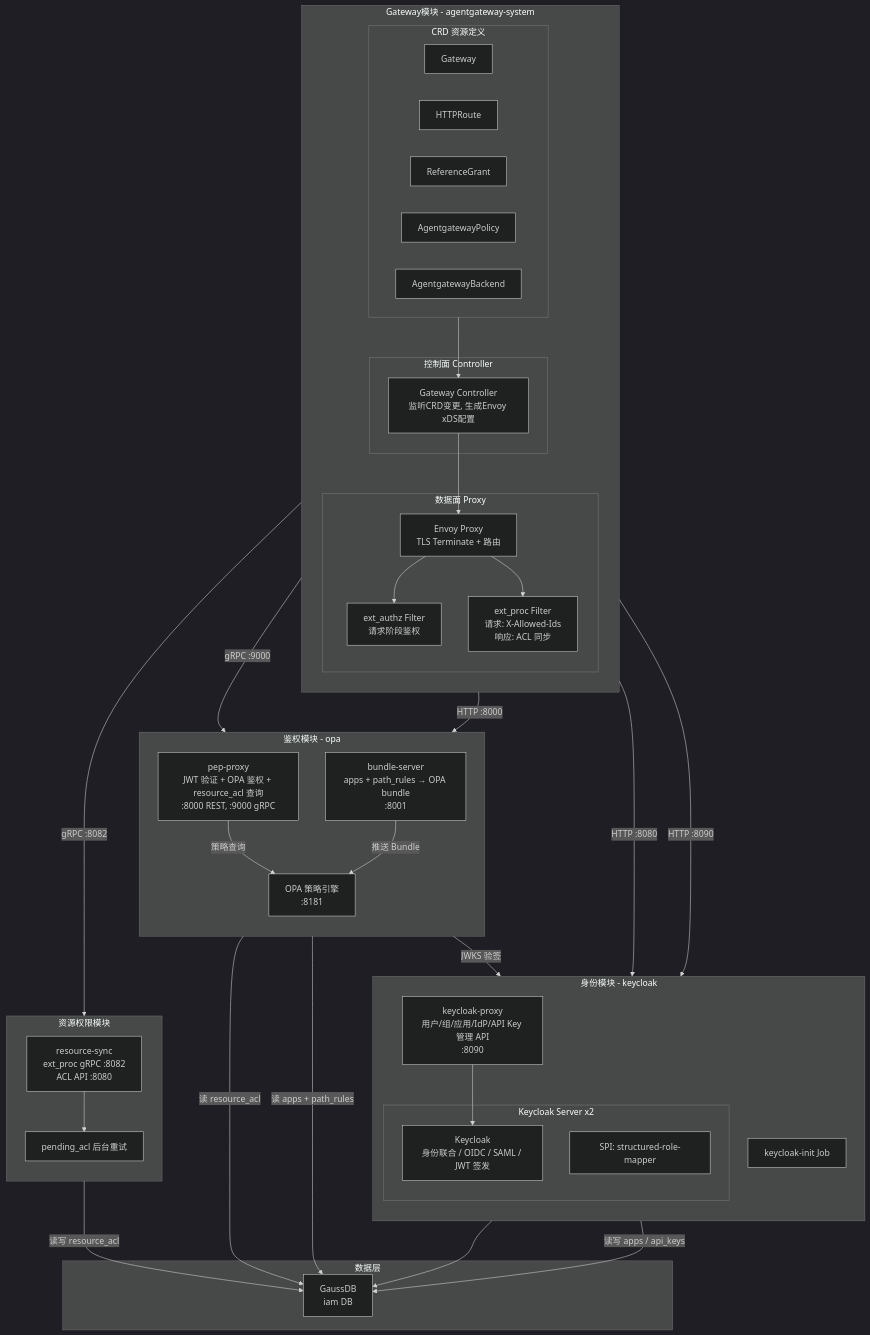
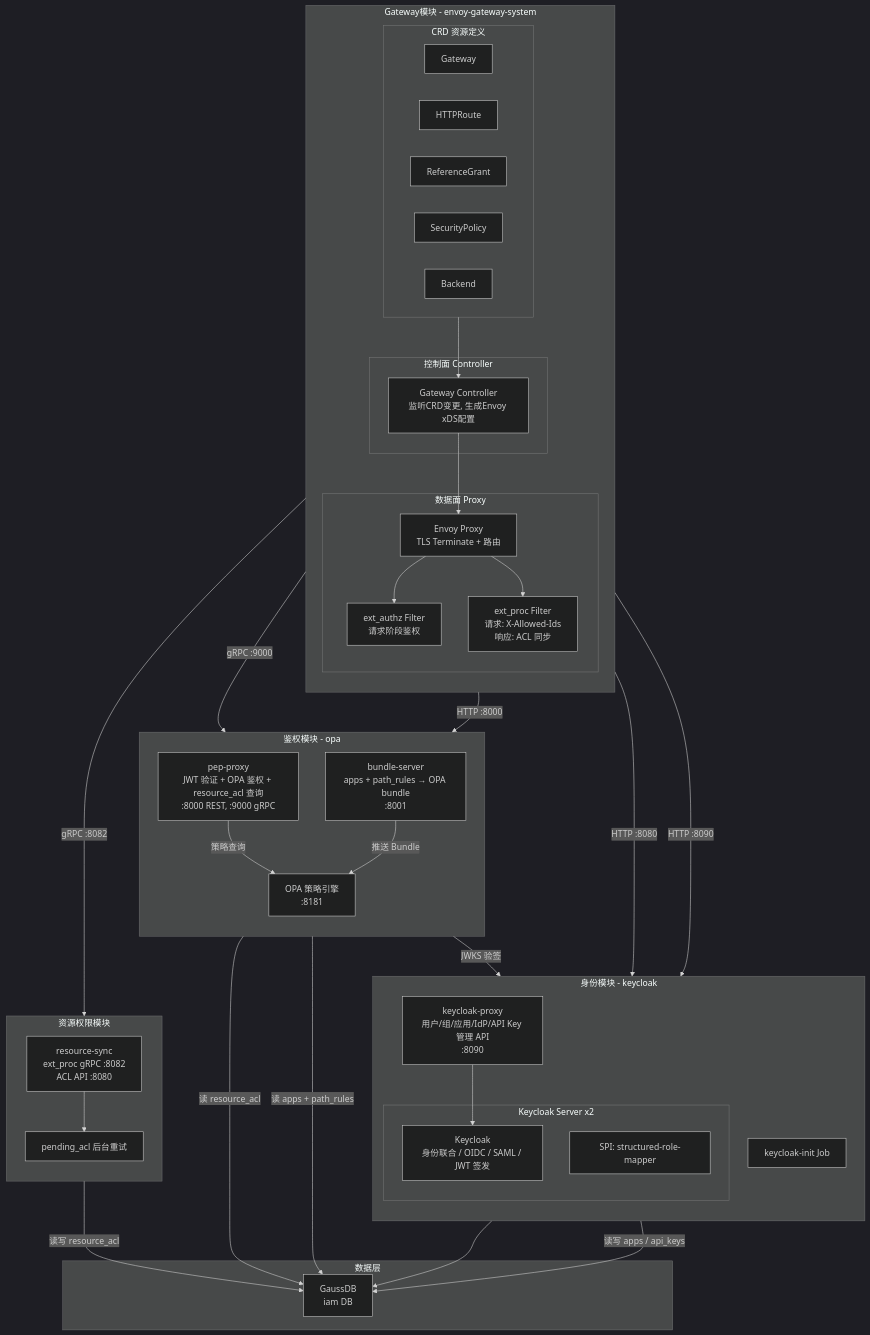
One commit to xiewanchao/aidp-iam changed the eighth of 17 diagrams in da-cluster/docs/design-specification.md. Above: the diagram before and after it, drawn with Mermaid (dark theme). The commit also changed other lines of this file and 47 other files, not shown here.

First line of the commit message:
feat: migrate gateway from AgentGateway to Envoy Gateway v1.7.0

````diff
--- a/da-cluster/docs/design-specification.md
+++ b/da-cluster/docs/design-specification.md
@@ -455,72 +455,72 @@
 ```mermaid
 graph TB
-    subgraph Gateway模块 - agentgateway-system
+    subgraph Gateway模块 - envoy-gateway-system
         direction TB
         subgraph CRDs[CRD 资源定义]
             GW_CRD["Gateway"]
             HR_CRD["HTTPRoute"]
             RG_CRD["ReferenceGrant"]
-            AP_CRD["AgentgatewayPolicy"]
-            AB_CRD["AgentgatewayBackend"]
+            AP_CRD["SecurityPolicy"]
+            AB_CRD["Backend"]
         end
         subgraph 控制面[控制面 Controller]
             GW_CTRL["Gateway Controller<br/>监听CRD变更, 生成Envoy xDS配置"]
         end
         subgraph 数据面[数据面 Proxy]
             ENVOY["Envoy Proxy<br/>TLS Terminate + 路由"]
             EXTAUTH["ext_authz Filter<br/>请求阶段鉴权"]
             EXTPROC["ext_proc Filter<br/>请求: X-Allowed-Ids<br/>响应: ACL 同步"]
         end
     end
 
     subgraph 身份模块 - keycloak
         direction TB
         subgraph KC_Core[Keycloak Server x2]
             KC["Keycloak<br/>身份联合 / OIDC / SAML / JWT 签发"]
             SPI["SPI: structured-role-mapper"]
         end
         KC_PROXY["keycloak-proxy<br/>用户/组/应用/IdP/API Key 管理 API<br/>:8090"]
         KC_INIT["keycloak-init Job"]
     end
 
     subgraph 鉴权模块 - opa
         direction TB
         PEP["pep-proxy<br/>JWT 验证 + OPA 鉴权 + resource_acl 查询<br/>:8000 REST, :9000 gRPC"]
         BUNDLE["bundle-server<br/>apps + path_rules → OPA bundle<br/>:8001"]
         OPA_ENGINE["OPA 策略引擎<br/>:8181"]
     end
 
     subgraph 资源权限模块
         direction TB
         RSYNC["resource-sync<br/>ext_proc gRPC :8082<br/>ACL API :8080"]
         PENDING["pending_acl 后台重试"]
     end
 
     subgraph 数据层
         PG["GaussDB<br/>iam DB"]
     end
 
     CRDs --> GW_CTRL
     GW_CTRL --> ENVOY
     ENVOY --> EXTAUTH
     ENVOY --> EXTPROC
 
     EXTAUTH -->|"gRPC :9000"| PEP
     EXTPROC -->|"gRPC :8082"| RSYNC
     ENVOY -->|"HTTP :8080"| KC
     ENVOY -->|"HTTP :8090"| KC_PROXY
     ENVOY -->|"HTTP :8000"| PEP
 
     PEP -->|策略查询| OPA_ENGINE
     PEP -->|JWKS 验签| KC
     PEP -->|读 resource_acl| PG
     BUNDLE -->|推送 Bundle| OPA_ENGINE
     BUNDLE -->|读 apps + path_rules| PG
 
     RSYNC -->|读写 resource_acl| PG
     RSYNC --> PENDING
 
     KC --> PG
     KC_PROXY --> KC
     KC_PROXY -->|读写 apps / api_keys| PG
 ```
````
